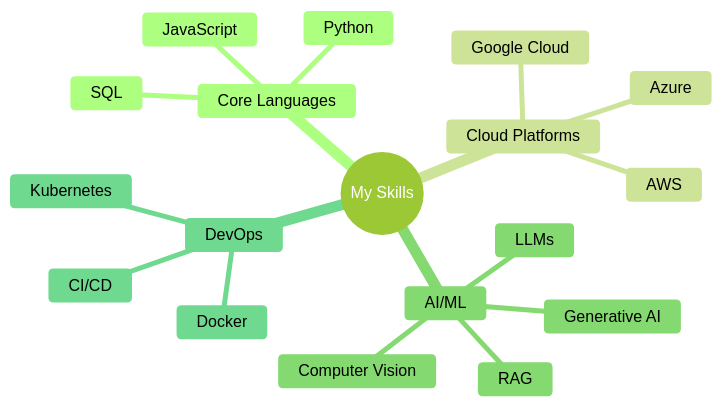
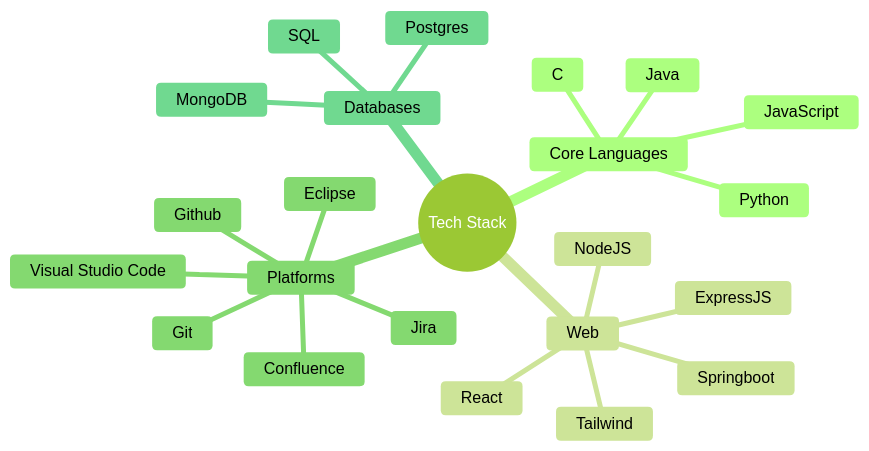
Before and after one commit to NagulapalliSudarshan/NagulapalliSudarshan: the diagram in README.md, drawn with Mermaid (forest theme).

Commit message:
update the techs in mermaid

````diff
--- a/README.md
+++ b/README.md
@@ -18,21 +18,26 @@
 ```mermaid
 mindmap
-  root((My Skills))
+  root((Tech Stack))
     Core Languages
       Python
+      Java
+      C
       JavaScript
+    Web
+      Tailwind
+      React
+      ExpressJS
+      NodeJS
+      Springboot
+    Platforms
+      Git
+      Github
+      Visual Studio Code
+      Jira
+      Confluence
+      Eclipse
+    Databases
       SQL
-    Cloud Platforms
-      Google Cloud
-      Azure
-      AWS
-    AI/ML
-      LLMs
-      Generative AI
-      RAG
-      Computer Vision
-    DevOps
-      Docker
-      Kubernetes
-      CI/CD
+      Postgres
+      MongoDB
 ```
````
